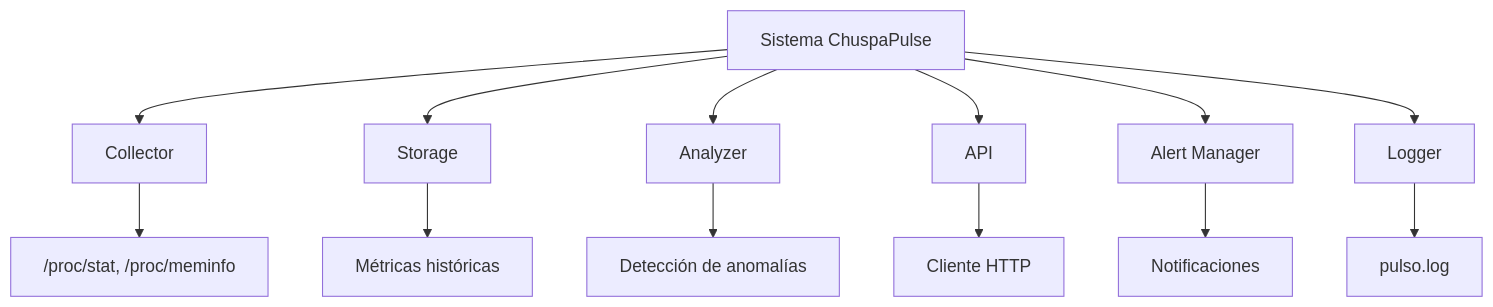
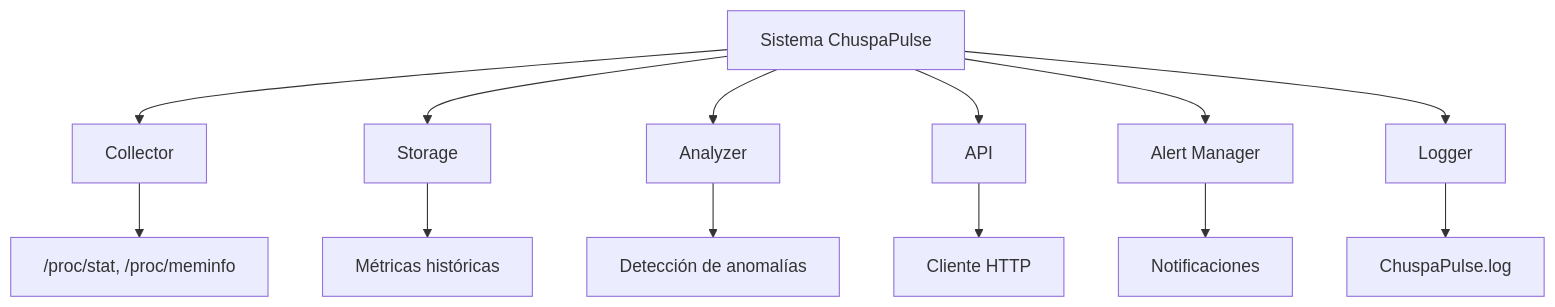
The first of 2 diagrams in docs/arquitectura.md (sis-inf/ChuspaPulse), drawn with Mermaid before and after one commit.

Commit message:
docs: corregir referencia a pulso.log en arquitectura.md

````diff
--- a/docs/arquitectura.md
+++ b/docs/arquitectura.md
@@ -19,16 +19,16 @@
 ```mermaid
 graph TD
     A[Sistema ChuspaPulse] --> B[Collector]
     A --> C[Storage]
     A --> D[Analyzer]
     A --> E[API]
     A --> F[Alert Manager]
     A --> G[Logger]
 
     B --> H["/proc/stat, /proc/meminfo"]
     C --> I["Métricas históricas"]
     D --> J["Detección de anomalías"]
     E --> K[Cliente HTTP]
     F --> L[Notificaciones]
-    G --> M[pulso.log]
+    G --> M[ChuspaPulse.log]
 ```
````
